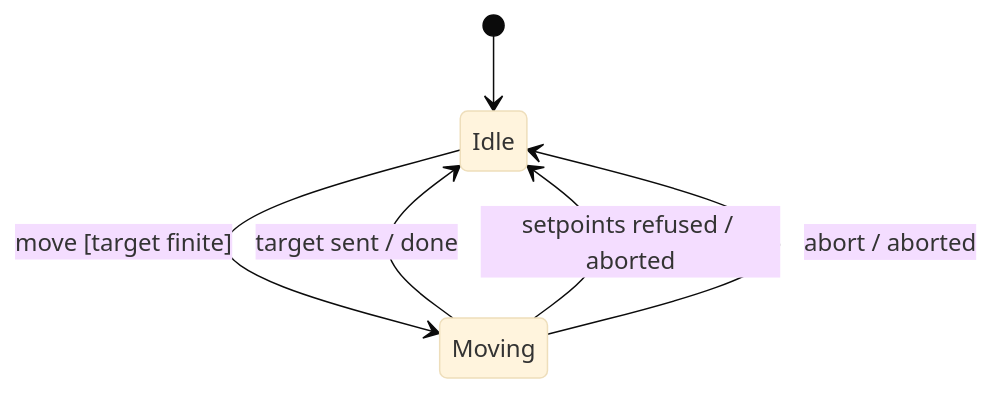
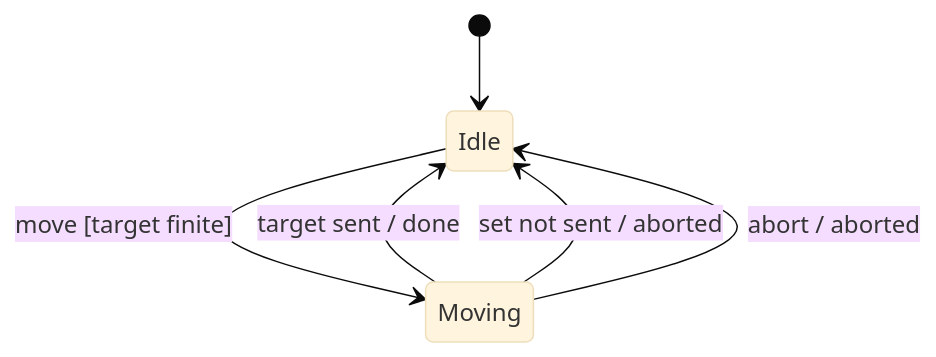
Before and after one commit to embedded-pro/e-robot-arm: the first of 2 diagrams in documentation/design/joint-motion.md, drawn with Mermaid (base theme). The commit also changed other lines of this file and 19 other files, not shown here.

````diff
--- a/documentation/design/joint-motion.md
+++ b/documentation/design/joint-motion.md
@@ -104,8 +109,8 @@
 ```mermaid
 stateDiagram-v2
     [*] --> Idle
     Idle --> Moving : move [target finite]
     Moving --> Idle : target sent / done
-    Moving --> Idle : setpoints refused / aborted
+    Moving --> Idle : set not sent / aborted
     Moving --> Idle : abort / aborted
 ```
````
